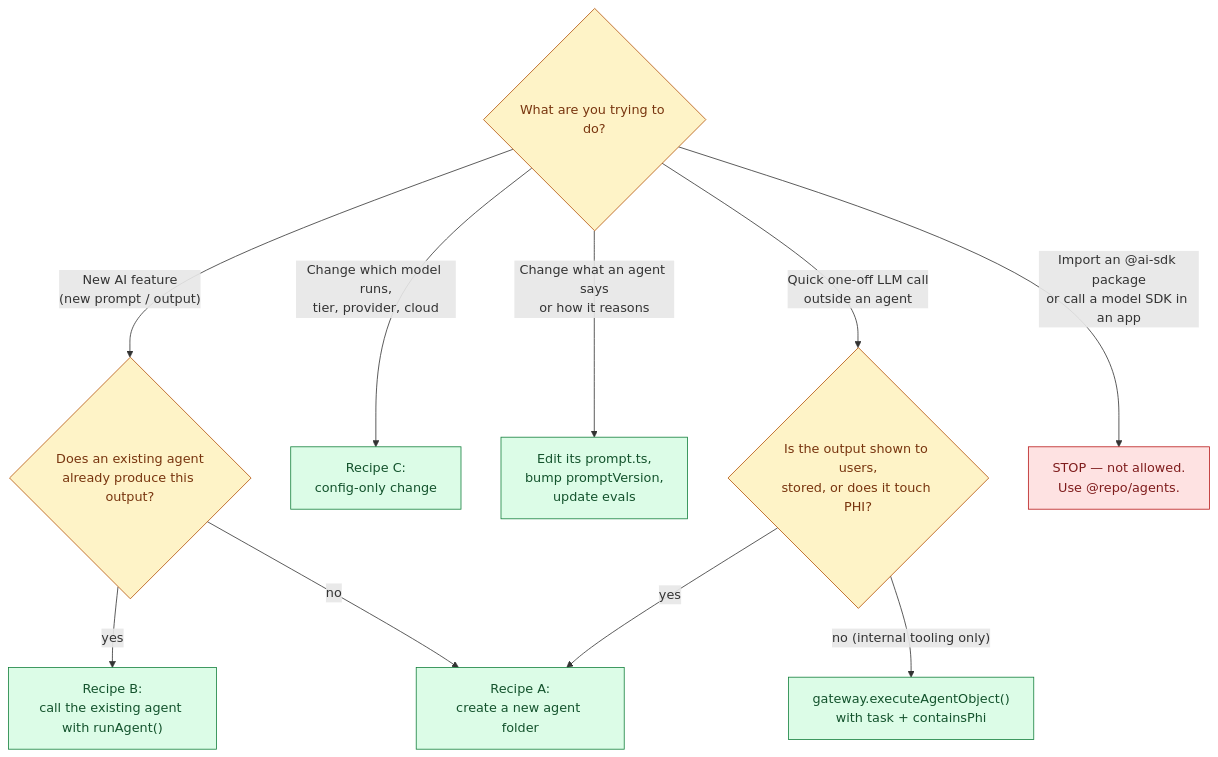
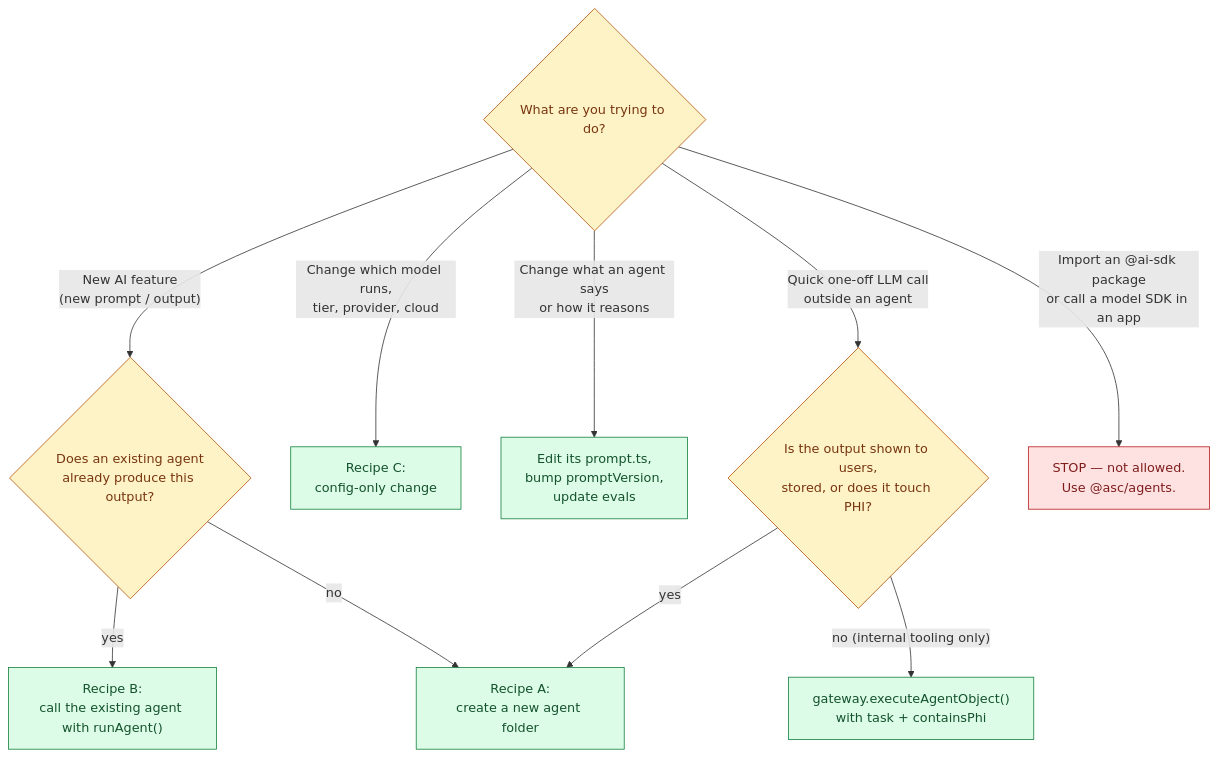
One commit to imRahul05/ASC-EHR changed the second of 5 diagrams in docs/agent/ai-agents-guide.md. Above: the diagram before and after it, drawn with Mermaid. The commit also changed other lines of this file and 88 other files, not shown here.

First line of the commit message:
chore: rename internal package scope @repo/* -> @asc/*

````diff
--- a/docs/agent/ai-agents-guide.md
+++ b/docs/agent/ai-agents-guide.md
@@ -48,17 +48,17 @@
 ```mermaid
 flowchart TD
     classDef q fill:#fef3c7,stroke:#b45309,color:#78350f
     classDef a fill:#dcfce7,stroke:#15803d,color:#14532d
     classDef stop fill:#fee2e2,stroke:#b91c1c,color:#7f1d1d
 
     S{"What are you trying to do?"}:::q
     S -->|"New AI feature<br/>(new prompt / output)"| N{"Does an existing agent<br/>already produce this output?"}:::q
     N -->|yes| RUN["Recipe B:<br/>call the existing agent with runAgent()"]:::a
     N -->|no| NEW["Recipe A:<br/>create a new agent folder"]:::a
     S -->|"Change which model runs,<br/>tier, provider, cloud"| CFG["Recipe C:<br/>config-only change"]:::a
     S -->|"Change what an agent says<br/>or how it reasons"| PROMPT["Edit its prompt.ts,<br/>bump promptVersion,<br/>update evals"]:::a
     S -->|"Quick one-off LLM call<br/>outside an agent"| DIRECT{"Is the output shown to users,<br/>stored, or does it touch PHI?"}:::q
     DIRECT -->|yes| NEW
     DIRECT -->|"no (internal tooling only)"| GWCALL["gateway.executeAgentObject()<br/>with task + containsPhi"]:::a
-    S -->|"Import an @ai-sdk package<br/>or call a model SDK in an app"| NO["STOP — not allowed.<br/>Use @repo/agents."]:::stop
+    S -->|"Import an @ai-sdk package<br/>or call a model SDK in an app"| NO["STOP — not allowed.<br/>Use @asc/agents."]:::stop
 ```
````
